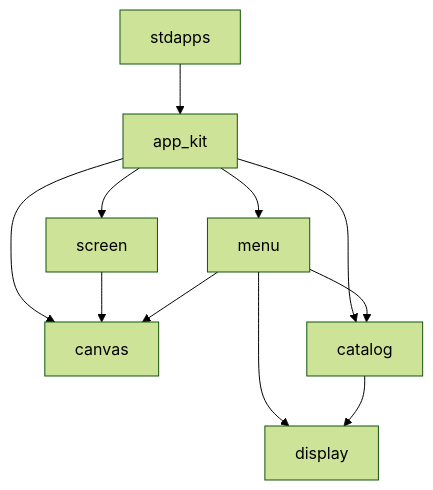
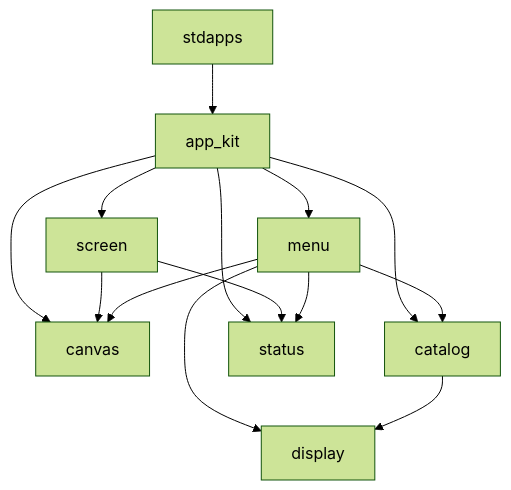
Before and after one commit to arashrasoulzadeh/tiny_device_os: the diagram in docs/appkit.md, drawn with Mermaid (forest theme). The commit also changed other lines of this file and 68 other files, not shown here.

````diff
--- a/docs/appkit.md
+++ b/docs/appkit.md
@@ -22,13 +25,16 @@
 ```mermaid
 flowchart TB
   app[stdapps] --> kit[app_kit]
   kit --> canvas
   kit --> screen
   kit --> menu
   kit --> catalog
+  kit --> status
   screen --> canvas
+  screen --> status
   menu --> canvas
   menu --> catalog
   menu --> display
+  menu --> status
   catalog --> display
 ```
````
